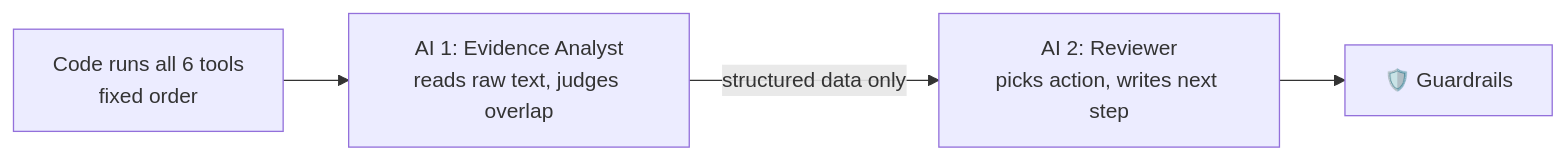
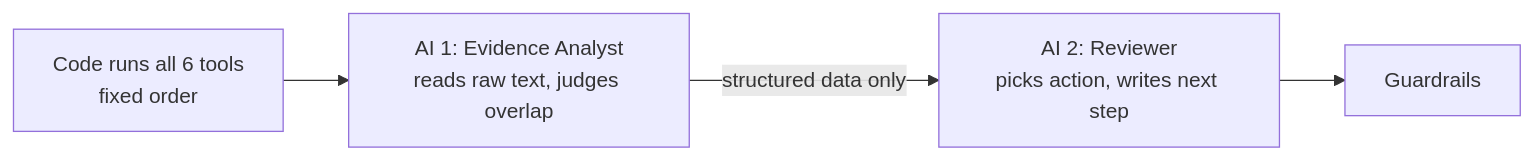
The third of 3 diagrams in README.md (brixdorf/procurement-request-copilot), drawn with Mermaid before and after one commit. The commit also changed other lines of this file and 3 other files, not shown here.

````diff
--- a/README.md
+++ b/README.md
@@ -100,6 +99,6 @@
 ```mermaid
 flowchart LR
     W[Code runs all 6 tools<br/>fixed order] --> A1[AI 1: Evidence Analyst<br/>reads raw text, judges overlap]
     A1 -->|structured data only| A2[AI 2: Reviewer<br/>picks action, writes next step]
-    A2 --> G[🛡️ Guardrails]
+    A2 --> G[Guardrails]
 ```
````
